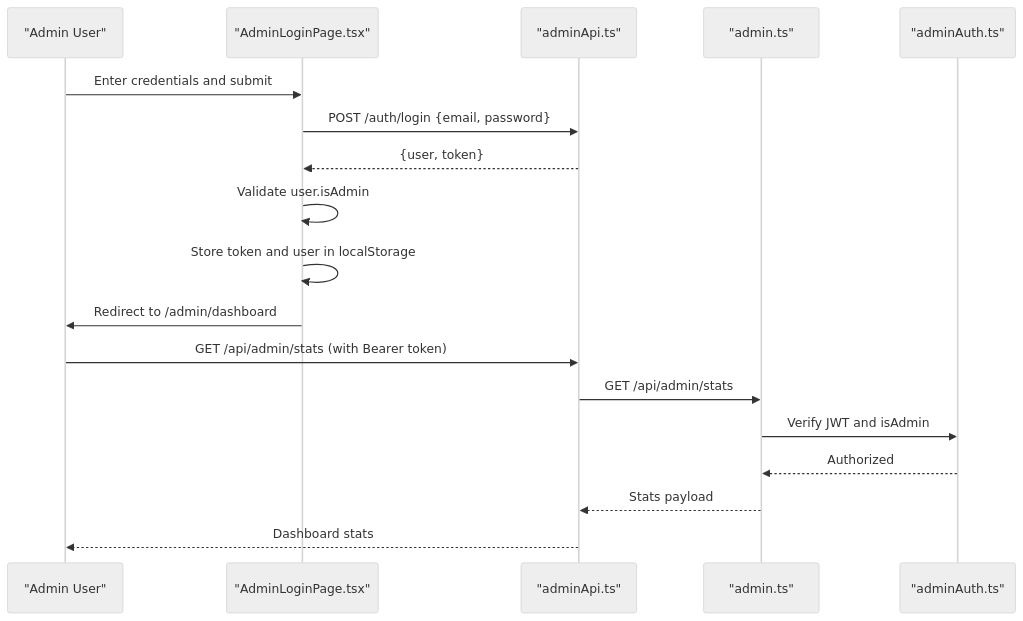
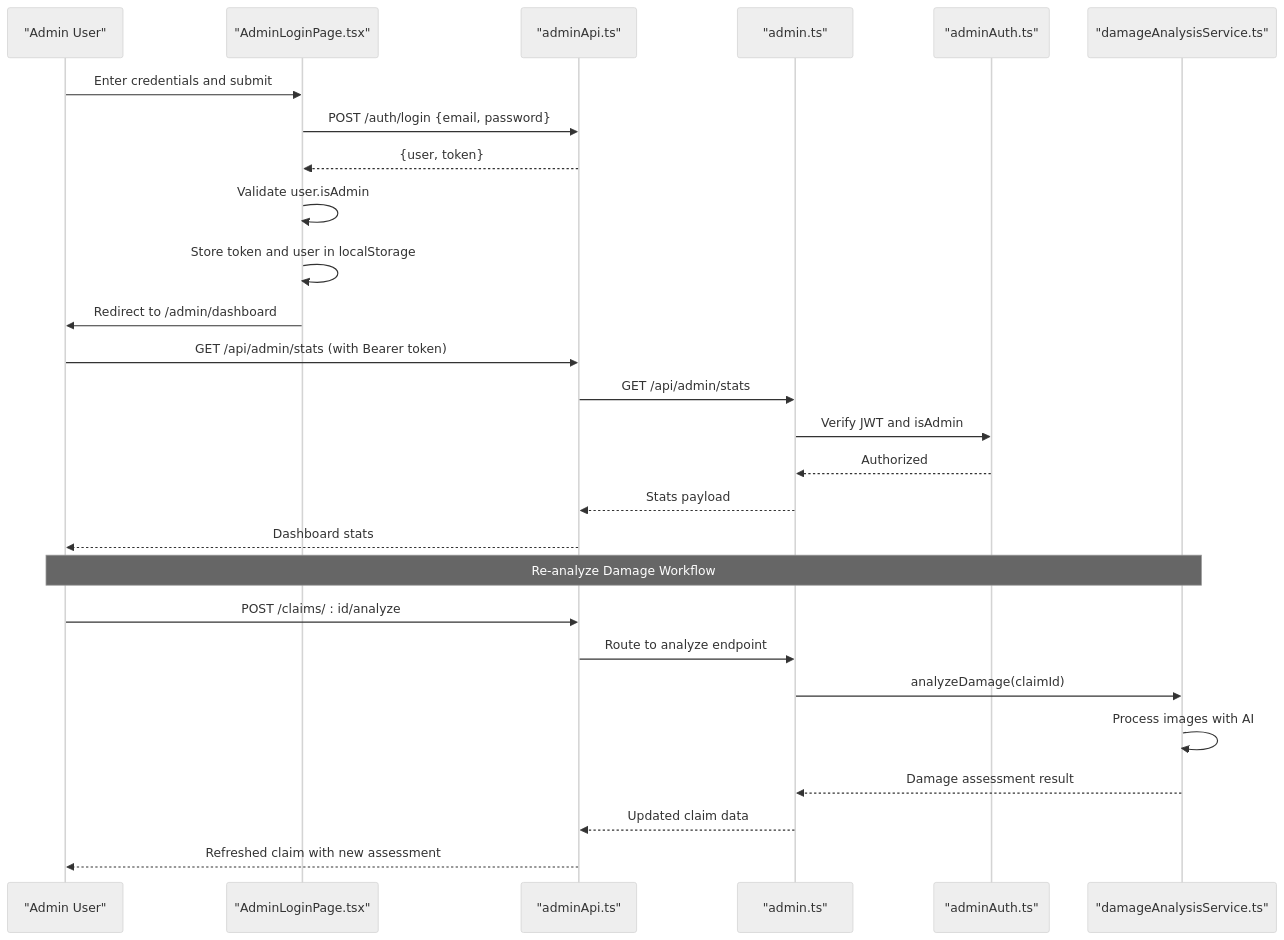
The second of 9 diagrams in .qoder/repowiki/en/content/Frontend Documentation/Pages and Views/Admin Pages/Admin Pages.md (NaveenHiranya/Smart-Vehicle-Insurance-Claim-System), drawn with Mermaid (neutral theme) before and after one commit. The commit also changed other lines of this file and 38 other files, not shown here.

````diff
--- a/.qoder/repowiki/en/content/Frontend Documentation/Pages and Views/Admin Pages/Admin Pages.md
+++ b/.qoder/repowiki/en/content/Frontend Documentation/Pages and Views/Admin Pages/Admin Pages.md
@@ -107,20 +111,29 @@
 ```mermaid
 sequenceDiagram
 participant U as "Admin User"
 participant L as "AdminLoginPage.tsx"
 participant API as "adminApi.ts"
 participant R as "admin.ts"
 participant M as "adminAuth.ts"
+participant D as "damageAnalysisService.ts"
 U->>L : Enter credentials and submit
 L->>API : POST /auth/login {email, password}
 API-->>L : {user, token}
 L->>L : Validate user.isAdmin
 L->>L : Store token and user in localStorage
 L->>U : Redirect to /admin/dashboard
 U->>API : GET /api/admin/stats (with Bearer token)
 API->>R : GET /api/admin/stats
 R->>M : Verify JWT and isAdmin
 M-->>R : Authorized
 R-->>API : Stats payload
 API-->>U : Dashboard stats
+Note over U,D : Re-analyze Damage Workflow
+U->>API : POST /claims/ : id/analyze
+API->>R : Route to analyze endpoint
+R->>D : analyzeDamage(claimId)
+D->>D : Process images with AI
+D-->>R : Damage assessment result
+R-->>API : Updated claim data
+API-->>U : Refreshed claim with new assessment
 ```
````
